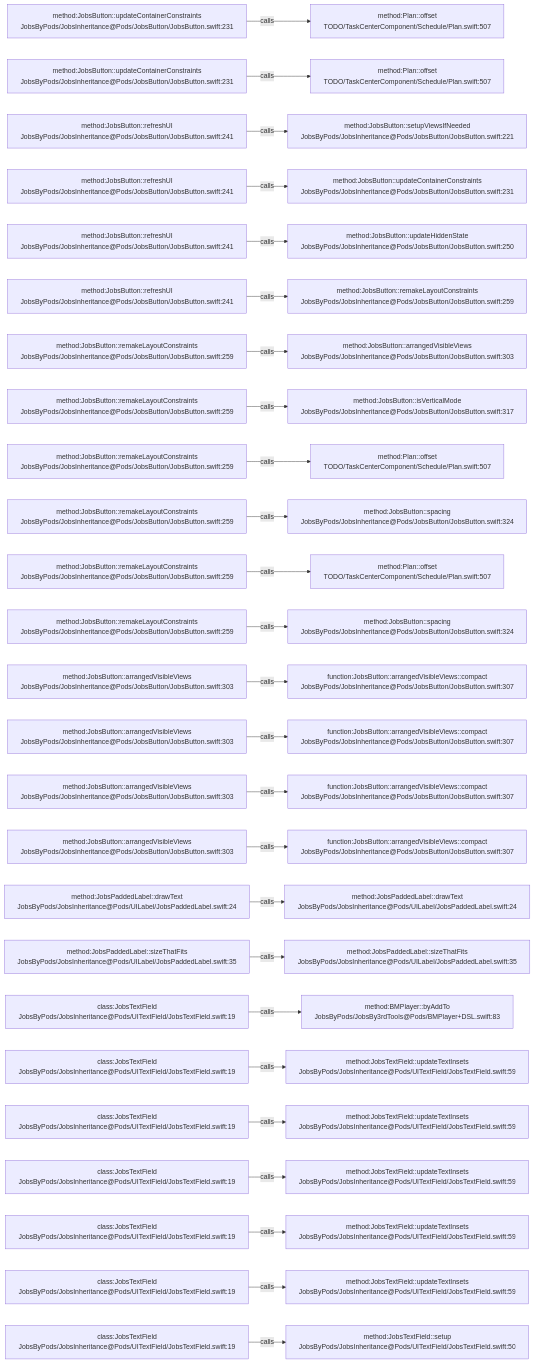
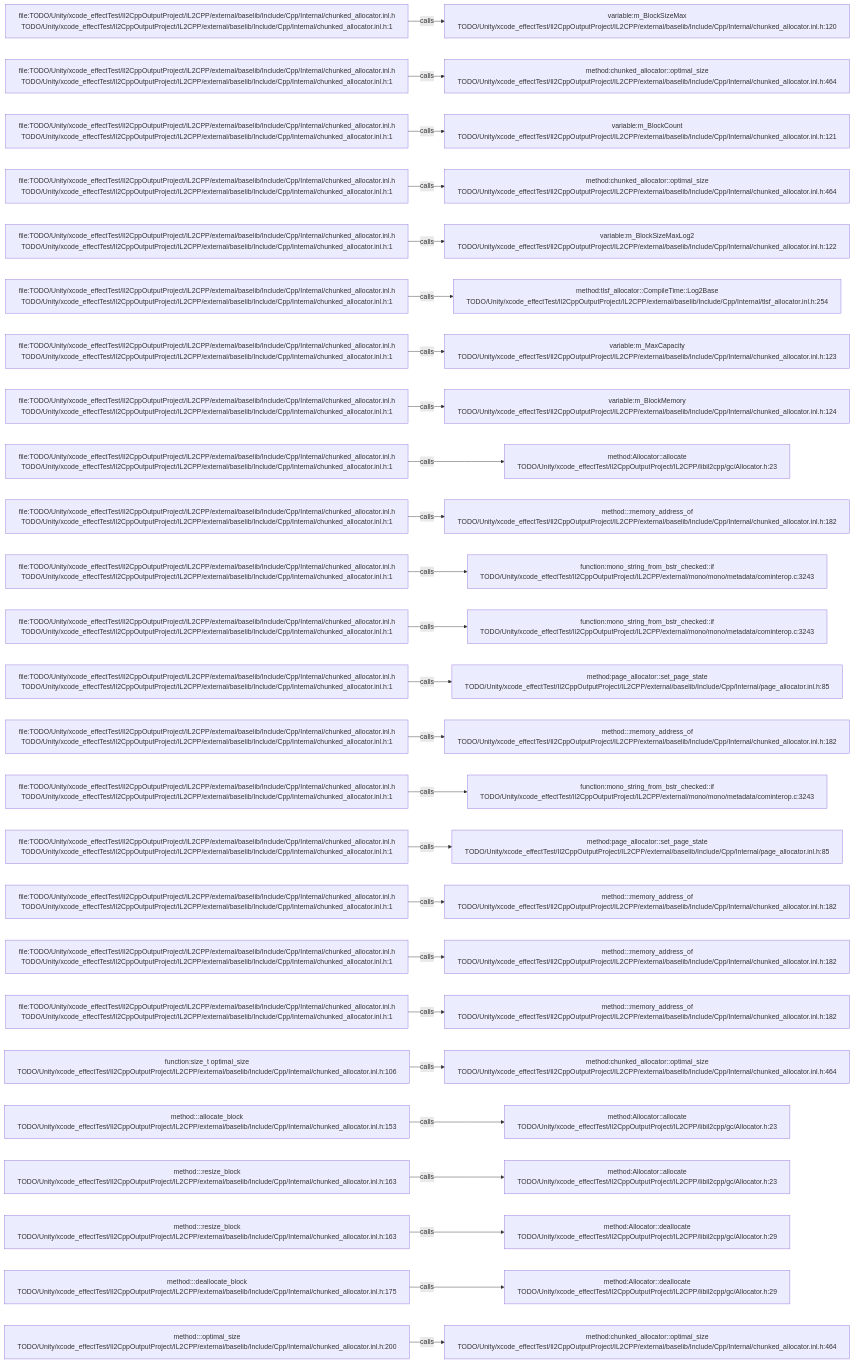
The diagram in .codegraph/codegraph.md/graphs/calls-129.md (JobsKits/JobsSwiftBaseConfigDemo), drawn with Mermaid before and after one commit. The commit also changed 569 other files, not shown here.

````diff
--- a/.codegraph/codegraph.md/graphs/calls-129.md
+++ b/.codegraph/codegraph.md/graphs/calls-129.md
@@ -13,78 +13,78 @@
 ```mermaid
 flowchart LR
-  S1["method:JobsButton::updateContainerConstraints<br/>JobsByPods/JobsInheritance@Pods/JobsButton/JobsButton.swift:231"]
-  T1["method:Plan::offset<br/>TODO/TaskCenterComponent/Schedule/Plan.swift:507"]
+  S1["file:TODO/Unity/xcode_effectTest/Il2CppOutputProject/IL2CPP/external/baselib/Include/Cpp/Internal/chunked_allocator.inl.h<br/>TODO/Unity/xcode_effectTest/Il2CppOutputProject/IL2CPP/external/baselib/Include/Cpp/Internal/chunked_allocator.inl.h:1"]
+  T1["variable:m_BlockSizeMax<br/>TODO/Unity/xcode_effectTest/Il2CppOutputProject/IL2CPP/external/baselib/Include/Cpp/Internal/chunked_allocator.inl.h:120"]
   S1 -->|calls| T1
-  S2["method:JobsButton::updateContainerConstraints<br/>JobsByPods/JobsInheritance@Pods/JobsButton/JobsButton.swift:231"]
-  T2["method:Plan::offset<br/>TODO/TaskCenterComponent/Schedule/Plan.swift:507"]
+  S2["file:TODO/Unity/xcode_effectTest/Il2CppOutputProject/IL2CPP/external/baselib/Include/Cpp/Internal/chunked_allocator.inl.h<br/>TODO/Unity/xcode_effectTest/Il2CppOutputProject/IL2CPP/external/baselib/Include/Cpp/Internal/chunked_allocator.inl.h:1"]
+  T2["method:chunked_allocator::optimal_size<br/>TODO/Unity/xcode_effectTest/Il2CppOutputProject/IL2CPP/external/baselib/Include/Cpp/Internal/chunked_allocator.inl.h:464"]
   S2 -->|calls| T2
-  S3["method:JobsButton::refreshUI<br/>JobsByPods/JobsInheritance@Pods/JobsButton/JobsButton.swift:241"]
-  T3["method:JobsButton::setupViewsIfNeeded<br/>JobsByPods/JobsInheritance@Pods/JobsButton/JobsButton.swift:221"]
+  S3["file:TODO/Unity/xcode_effectTest/Il2CppOutputProject/IL2CPP/external/baselib/Include/Cpp/Internal/chunked_allocator.inl.h<br/>TODO/Unity/xcode_effectTest/Il2CppOutputProject/IL2CPP/external/baselib/Include/Cpp/Internal/chunked_allocator.inl.h:1"]
+  T3["variable:m_BlockCount<br/>TODO/Unity/xcode_effectTest/Il2CppOutputProject/IL2CPP/external/baselib/Include/Cpp/Internal/chunked_allocator.inl.h:121"]
   S3 -->|calls| T3
-  S4["method:JobsButton::refreshUI<br/>JobsByPods/JobsInheritance@Pods/JobsButton/JobsButton.swift:241"]
-  T4["method:JobsButton::updateContainerConstraints<br/>JobsByPods/JobsInheritance@Pods/JobsButton/JobsButton.swift:231"]
+  S4["file:TODO/Unity/xcode_effectTest/Il2CppOutputProject/IL2CPP/external/baselib/Include/Cpp/Internal/chunked_allocator.inl.h<br/>TODO/Unity/xcode_effectTest/Il2CppOutputProject/IL2CPP/external/baselib/Include/Cpp/Internal/chunked_allocator.inl.h:1"]
+  T4["method:chunked_allocator::optimal_size<br/>TODO/Unity/xcode_effectTest/Il2CppOutputProject/IL2CPP/external/baselib/Include/Cpp/Internal/chunked_allocator.inl.h:464"]
   S4 -->|calls| T4
-  S5["method:JobsButton::refreshUI<br/>JobsByPods/JobsInheritance@Pods/JobsButton/JobsButton.swift:241"]
-  T5["method:JobsButton::updateHiddenState<br/>JobsByPods/JobsInheritance@Pods/JobsButton/JobsButton.swift:250"]
+  S5["file:TODO/Unity/xcode_effectTest/Il2CppOutputProject/IL2CPP/external/baselib/Include/Cpp/Internal/chunked_allocator.inl.h<br/>TODO/Unity/xcode_effectTest/Il2CppOutputProject/IL2CPP/external/baselib/Include/Cpp/Internal/chunked_allocator.inl.h:1"]
+  T5["variable:m_BlockSizeMaxLog2<br/>TODO/Unity/xcode_effectTest/Il2CppOutputProject/IL2CPP/external/baselib/Include/Cpp/Internal/chunked_allocator.inl.h:122"]
   S5 -->|calls| T5
-  S6["method:JobsButton::refreshUI<br/>JobsByPods/JobsInheritance@Pods/JobsButton/JobsButton.swift:241"]
-  T6["method:JobsButton::remakeLayoutConstraints<br/>JobsByPods/JobsInheritance@Pods/JobsButton/JobsButton.swift:259"]
+  S6["file:TODO/Unity/xcode_effectTest/Il2CppOutputProject/IL2CPP/external/baselib/Include/Cpp/Internal/chunked_allocator.inl.h<br/>TODO/Unity/xcode_effectTest/Il2CppOutputProject/IL2CPP/external/baselib/Include/Cpp/Internal/chunked_allocator.inl.h:1"]
+  T6["method:tlsf_allocator::CompileTime::Log2Base<br/>TODO/Unity/xcode_effectTest/Il2CppOutputProject/IL2CPP/external/baselib/Include/Cpp/Internal/tlsf_allocator.inl.h:254"]
   S6 -->|calls| T6
-  S7["method:JobsButton::remakeLayoutConstraints<br/>JobsByPods/JobsInheritance@Pods/JobsButton/JobsButton.swift:259"]
-  T7["method:JobsButton::arrangedVisibleViews<br/>JobsByPods/JobsInheritance@Pods/JobsButton/JobsButton.swift:303"]
+  S7["file:TODO/Unity/xcode_effectTest/Il2CppOutputProject/IL2CPP/external/baselib/Include/Cpp/Internal/chunked_allocator.inl.h<br/>TODO/Unity/xcode_effectTest/Il2CppOutputProject/IL2CPP/external/baselib/Include/Cpp/Internal/chunked_allocator.inl.h:1"]
+  T7["variable:m_MaxCapacity<br/>TODO/Unity/xcode_effectTest/Il2CppOutputProject/IL2CPP/external/baselib/Include/Cpp/Internal/chunked_allocator.inl.h:123"]
   S7 -->|calls| T7
-  S8["method:JobsButton::remakeLayoutConstraints<br/>JobsByPods/JobsInheritance@Pods/JobsButton/JobsButton.swift:259"]
-  T8["method:JobsButton::isVerticalMode<br/>JobsByPods/JobsInheritance@Pods/JobsButton/JobsButton.swift:317"]
+  S8["file:TODO/Unity/xcode_effectTest/Il2CppOutputProject/IL2CPP/external/baselib/Include/Cpp/Internal/chunked_allocator.inl.h<br/>TODO/Unity/xcode_effectTest/Il2CppOutputProject/IL2CPP/external/baselib/Include/Cpp/Internal/chunked_allocator.inl.h:1"]
+  T8["variable:m_BlockMemory<br/>TODO/Unity/xcode_effectTest/Il2CppOutputProject/IL2CPP/external/baselib/Include/Cpp/Internal/chunked_allocator.inl.h:124"]
   S8 -->|calls| T8
-  S9["method:JobsButton::remakeLayoutConstraints<br/>JobsByPods/JobsInheritance@Pods/JobsButton/JobsButton.swift:259"]
-  T9["method:Plan::offset<br/>TODO/TaskCenterComponent/Schedule/Plan.swift:507"]
+  S9["file:TODO/Unity/xcode_effectTest/Il2CppOutputProject/IL2CPP/external/baselib/Include/Cpp/Internal/chunked_allocator.inl.h<br/>TODO/Unity/xcode_effectTest/Il2CppOutputProject/IL2CPP/external/baselib/Include/Cpp/Internal/chunked_allocator.inl.h:1"]
+  T9["method:Allocator::allocate<br/>TODO/Unity/xcode_effectTest/Il2CppOutputProject/IL2CPP/libil2cpp/gc/Allocator.h:23"]
   S9 -->|calls| T9
-  S10["method:JobsButton::remakeLayoutConstraints<br/>JobsByPods/JobsInheritance@Pods/JobsButton/JobsButton.swift:259"]
-  T10["method:JobsButton::spacing<br/>JobsByPods/JobsInheritance@Pods/JobsButton/JobsButton.swift:324"]
+  S10["file:TODO/Unity/xcode_effectTest/Il2CppOutputProject/IL2CPP/external/baselib/Include/Cpp/Internal/chunked_allocator.inl.h<br/>TODO/Unity/xcode_effectTest/Il2CppOutputProject/IL2CPP/external/baselib/Include/Cpp/Internal/chunked_allocator.inl.h:1"]
+  T10["method:<anonymous>::memory_address_of<br/>TODO/Unity/xcode_effectTest/Il2CppOutputProject/IL2CPP/external/baselib/Include/Cpp/Internal/chunked_allocator.inl.h:182"]
   S10 -->|calls| T10
-  S11["method:JobsButton::remakeLayoutConstraints<br/>JobsByPods/JobsInheritance@Pods/JobsButton/JobsButton.swift:259"]
-  T11["method:Plan::offset<br/>TODO/TaskCenterComponent/Schedule/Plan.swift:507"]
+  S11["file:TODO/Unity/xcode_effectTest/Il2CppOutputProject/IL2CPP/external/baselib/Include/Cpp/Internal/chunked_allocator.inl.h<br/>TODO/Unity/xcode_effectTest/Il2CppOutputProject/IL2CPP/external/baselib/Include/Cpp/Internal/chunked_allocator.inl.h:1"]
+  T11["function:mono_string_from_bstr_checked::if<br/>TODO/Unity/xcode_effectTest/Il2CppOutputProject/IL2CPP/external/mono/mono/metadata/cominterop.c:3243"]
   S11 -->|calls| T11
-  S12["method:JobsButton::remakeLayoutConstraints<br/>JobsByPods/JobsInheritance@Pods/JobsButton/JobsButton.swift:259"]
-  T12["method:JobsButton::spacing<br/>JobsByPods/JobsInheritance@Pods/JobsButton/JobsButton.swift:324"]
+  S12["file:TODO/Unity/xcode_effectTest/Il2CppOutputProject/IL2CPP/external/baselib/Include/Cpp/Internal/chunked_allocator.inl.h<br/>TODO/Unity/xcode_effectTest/Il2CppOutputProject/IL2CPP/external/baselib/Include/Cpp/Internal/chunked_allocator.inl.h:1"]
+  T12["function:mono_string_from_bstr_checked::if<br/>TODO/Unity/xcode_effectTest/Il2CppOutputProject/IL2CPP/external/mono/mono/metadata/cominterop.c:3243"]
   S12 -->|calls| T12
-  S13["method:JobsButton::arrangedVisibleViews<br/>JobsByPods/JobsInheritance@Pods/JobsButton/JobsButton.swift:303"]
-  T13["function:JobsButton::arrangedVisibleViews::compact<br/>JobsByPods/JobsInheritance@Pods/JobsButton/JobsButton.swift:307"]
+  S13["file:TODO/Unity/xcode_effectTest/Il2CppOutputProject/IL2CPP/external/baselib/Include/Cpp/Internal/chunked_allocator.inl.h<br/>TODO/Unity/xcode_effectTest/Il2CppOutputProject/IL2CPP/external/baselib/Include/Cpp/Internal/chunked_allocator.inl.h:1"]
+  T13["method:page_allocator::set_page_state<br/>TODO/Unity/xcode_effectTest/Il2CppOutputProject/IL2CPP/external/baselib/Include/Cpp/Internal/page_allocator.inl.h:85"]
   S13 -->|calls| T13
-  S14["method:JobsButton::arrangedVisibleViews<br/>JobsByPods/JobsInheritance@Pods/JobsButton/JobsButton.swift:303"]
-  T14["function:JobsButton::arrangedVisibleViews::compact<br/>JobsByPods/JobsInheritance@Pods/JobsButton/JobsButton.swift:307"]
+  S14["file:TODO/Unity/xcode_effectTest/Il2CppOutputProject/IL2CPP/external/baselib/Include/Cpp/Internal/chunked_allocator.inl.h<br/>TODO/Unity/xcode_effectTest/Il2CppOutputProject/IL2CPP/external/baselib/Include/Cpp/Internal/chunked_allocator.inl.h:1"]
+  T14["method:<anonymous>::memory_address_of<br/>TODO/Unity/xcode_effectTest/Il2CppOutputProject/IL2CPP/external/baselib/Include/Cpp/Internal/chunked_allocator.inl.h:182"]
   S14 -->|calls| T14
-  S15["method:JobsButton::arrangedVisibleViews<br/>JobsByPods/JobsInheritance@Pods/JobsButton/JobsButton.swift:303"]
-  T15["function:JobsButton::arrangedVisibleViews::compact<br/>JobsByPods/JobsInheritance@Pods/JobsButton/JobsButton.swift:307"]
+  S15["file:TODO/Unity/xcode_effectTest/Il2CppOutputProject/IL2CPP/external/baselib/Include/Cpp/Internal/chunked_allocator.inl.h<br/>TODO/Unity/xcode_effectTest/Il2CppOutputProject/IL2CPP/external/baselib/Include/Cpp/Internal/chunked_allocator.inl.h:1"]
+  T15["function:mono_string_from_bstr_checked::if<br/>TODO/Unity/xcode_effectTest/Il2CppOutputProject/IL2CPP/external/mono/mono/metadata/cominterop.c:3243"]
   S15 -->|calls| T15
-  S16["method:JobsButton::arrangedVisibleViews<br/>JobsByPods/JobsInheritance@Pods/JobsButton/JobsButton.swift:303"]
-  T16["function:JobsButton::arrangedVisibleViews::compact<br/>JobsByPods/JobsInheritance@Pods/JobsButton/JobsButton.swift:307"]
+  S16["file:TODO/Unity/xcode_effectTest/Il2CppOutputProject/IL2CPP/external/baselib/Include/Cpp/Internal/chunked_allocator.inl.h<br/>TODO/Unity/xcode_effectTest/Il2CppOutputProject/IL2CPP/external/baselib/Include/Cpp/Internal/chunked_allocator.inl.h:1"]
+  T16["method:page_allocator::set_page_state<br/>TODO/Unity/xcode_effectTest/Il2CppOutputProject/IL2CPP/external/baselib/Include/Cpp/Internal/page_allocator.inl.h:85"]
   S16 -->|calls| T16
-  S17["method:JobsPaddedLabel::drawText<br/>JobsByPods/JobsInheritance@Pods/UILabel/JobsPaddedLabel.swift:24"]
-  T17["method:JobsPaddedLabel::drawText<br/>JobsByPods/JobsInheritance@Pods/UILabel/JobsPaddedLabel.swift:24"]
+  S17["file:TODO/Unity/xcode_effectTest/Il2CppOutputProject/IL2CPP/external/baselib/Include/Cpp/Internal/chunked_allocator.inl.h<br/>TODO/Unity/xcode_effectTest/Il2CppOutputProject/IL2CPP/external/baselib/Include/Cpp/Internal/chunked_allocator.inl.h:1"]
+  T17["method:<anonymous>::memory_address_of<br/>TODO/Unity/xcode_effectTest/Il2CppOutputProject/IL2CPP/external/baselib/Include/Cpp/Internal/chunked_allocator.inl.h:182"]
   S17 -->|calls| T17
-  S18["method:JobsPaddedLabel::sizeThatFits<br/>JobsByPods/JobsInheritance@Pods/UILabel/JobsPaddedLabel.swift:35"]
-  T18["method:JobsPaddedLabel::sizeThatFits<br/>JobsByPods/JobsInheritance@Pods/UILabel/JobsPaddedLabel.swift:35"]
+  S18["file:TODO/Unity/xcode_effectTest/Il2CppOutputProject/IL2CPP/external/baselib/Include/Cpp/Internal/chunked_allocator.inl.h<br/>TODO/Unity/xcode_effectTest/Il2CppOutputProject/IL2CPP/external/baselib/Include/Cpp/Internal/chunked_allocator.inl.h:1"]
+  T18["method:<anonymous>::memory_address_of<br/>TODO/Unity/xcode_effectTest/Il2CppOutputProject/IL2CPP/external/baselib/Include/Cpp/Internal/chunked_allocator.inl.h:182"]
   S18 -->|calls| T18
-  S19["class:JobsTextField<br/>JobsByPods/JobsInheritance@Pods/UITextField/JobsTextField.swift:19"]
-  T19["method:BMPlayer::byAddTo<br/>JobsByPods/JobsBy3rdTools@Pods/BMPlayer+DSL.swift:83"]
+  S19["file:TODO/Unity/xcode_effectTest/Il2CppOutputProject/IL2CPP/external/baselib/Include/Cpp/Internal/chunked_allocator.inl.h<br/>TODO/Unity/xcode_effectTest/Il2CppOutputProject/IL2CPP/external/baselib/Include/Cpp/Internal/chunked_allocator.inl.h:1"]
+  T19["method:<anonymous>::memory_address_of<br/>TODO/Unity/xcode_effectTest/Il2CppOutputProject/IL2CPP/external/baselib/Include/Cpp/Internal/chunked_allocator.inl.h:182"]
   S19 -->|calls| T19
-  S20["class:JobsTextField<br/>JobsByPods/JobsInheritance@Pods/UITextField/JobsTextField.swift:19"]
-  T20["method:JobsTextField::updateTextInsets<br/>JobsByPods/JobsInheritance@Pods/UITextField/JobsTextField.swift:59"]
+  S20["function:size_t optimal_size<br/>TODO/Unity/xcode_effectTest/Il2CppOutputProject/IL2CPP/external/baselib/Include/Cpp/Internal/chunked_allocator.inl.h:106"]
+  T20["method:chunked_allocator::optimal_size<br/>TODO/Unity/xcode_effectTest/Il2CppOutputProject/IL2CPP/external/baselib/Include/Cpp/Internal/chunked_allocator.inl.h:464"]
   S20 -->|calls| T20
-  S21["class:JobsTextField<br/>JobsByPods/JobsInheritance@Pods/UITextField/JobsTextField.swift:19"]
-  T21["method:JobsTextField::updateTextInsets<br/>JobsByPods/JobsInheritance@Pods/UITextField/JobsTextField.swift:59"]
+  S21["method:<anonymous>::allocate_block<br/>TODO/Unity/xcode_effectTest/Il2CppOutputProject/IL2CPP/external/baselib/Include/Cpp/Internal/chunked_allocator.inl.h:153"]
+  T21["method:Allocator::allocate<br/>TODO/Unity/xcode_effectTest/Il2CppOutputProject/IL2CPP/libil2cpp/gc/Allocator.h:23"]
   S21 -->|calls| T21
-  S22["class:JobsTextField<br/>JobsByPods/JobsInheritance@Pods/UITextField/JobsTextField.swift:19"]
-  T22["method:JobsTextField::updateTextInsets<br/>JobsByPods/JobsInheritance@Pods/UITextField/JobsTextField.swift:59"]
+  S22["method:<anonymous>::resize_block<br/>TODO/Unity/xcode_effectTest/Il2CppOutputProject/IL2CPP/external/baselib/Include/Cpp/Internal/chunked_allocator.inl.h:163"]
+  T22["method:Allocator::allocate<br/>TODO/Unity/xcode_effectTest/Il2CppOutputProject/IL2CPP/libil2cpp/gc/Allocator.h:23"]
   S22 -->|calls| T22
-  S23["class:JobsTextField<br/>JobsByPods/JobsInheritance@Pods/UITextField/JobsTextField.swift:19"]
-  T23["method:JobsTextField::updateTextInsets<br/>JobsByPods/JobsInheritance@Pods/UITextField/JobsTextField.swift:59"]
+  S23["method:<anonymous>::resize_block<br/>TODO/Unity/xcode_effectTest/Il2CppOutputProject/IL2CPP/external/baselib/Include/Cpp/Internal/chunked_allocator.inl.h:163"]
+  T23["method:Allocator::deallocate<br/>TODO/Unity/xcode_effectTest/Il2CppOutputProject/IL2CPP/libil2cpp/gc/Allocator.h:29"]
   S23 -->|calls| T23
-  S24["class:JobsTextField<br/>JobsByPods/JobsInheritance@Pods/UITextField/JobsTextField.swift:19"]
-  T24["method:JobsTextField::updateTextInsets<br/>JobsByPods/JobsInheritance@Pods/UITextField/JobsTextField.swift:59"]
+  S24["method:<anonymous>::deallocate_block<br/>TODO/Unity/xcode_effectTest/Il2CppOutputProject/IL2CPP/external/baselib/Include/Cpp/Internal/chunked_allocator.inl.h:175"]
+  T24["method:Allocator::deallocate<br/>TODO/Unity/xcode_effectTest/Il2CppOutputProject/IL2CPP/libil2cpp/gc/Allocator.h:29"]
   S24 -->|calls| T24
-  S25["class:JobsTextField<br/>JobsByPods/JobsInheritance@Pods/UITextField/JobsTextField.swift:19"]
-  T25["method:JobsTextField::setup<br/>JobsByPods/JobsInheritance@Pods/UITextField/JobsTextField.swift:50"]
+  S25["method:<anonymous>::optimal_size<br/>TODO/Unity/xcode_effectTest/Il2CppOutputProject/IL2CPP/external/baselib/Include/Cpp/Internal/chunked_allocator.inl.h:200"]
+  T25["method:chunked_allocator::optimal_size<br/>TODO/Unity/xcode_effectTest/Il2CppOutputProject/IL2CPP/external/baselib/Include/Cpp/Internal/chunked_allocator.inl.h:464"]
   S25 -->|calls| T25
 ```
````
